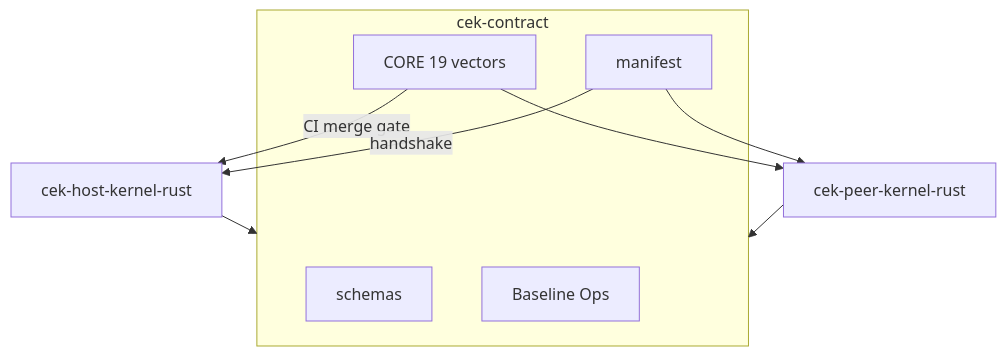
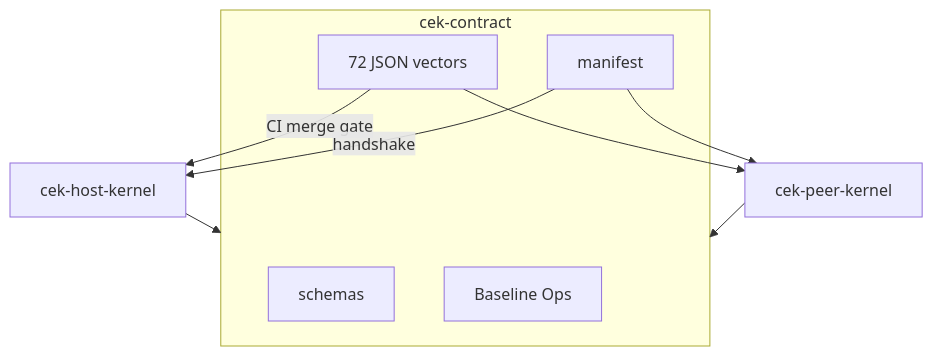
The diagram in diagrams/06-contract-product.mmd (bitplorer/cek-runtime), drawn with Mermaid before and after one commit. The commit also changed 20 other files, not shown here.

```diff
--- a/diagrams/06-contract-product.mmd
+++ b/diagrams/06-contract-product.mmd
@@ -1,13 +1,13 @@
 flowchart TB
   subgraph Contract["cek-contract"]
     SCH[schemas]
-    VEC[CORE 19 vectors]
+    VEC[72 JSON vectors]
     BASE[Baseline Ops]
     MAN[manifest]
   end
-  H[cek-host-kernel-rust] --> Contract
-  P[cek-peer-kernel-rust] --> Contract
+  H[cek-host-kernel] --> Contract
+  P[cek-peer-kernel] --> Contract
   VEC -->|CI merge gate| H
   VEC --> P
   MAN -->|handshake| H
   MAN --> P
```
